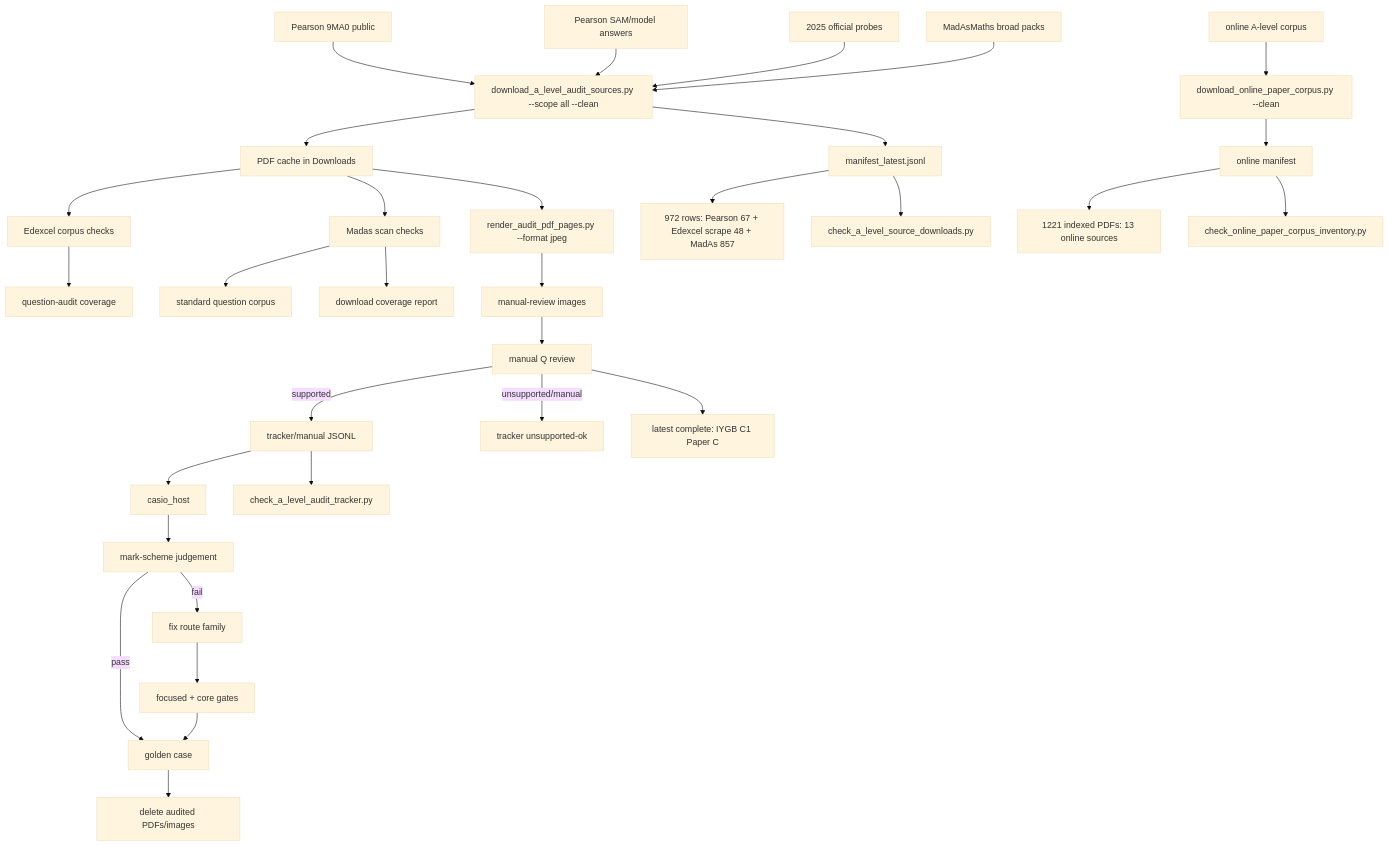
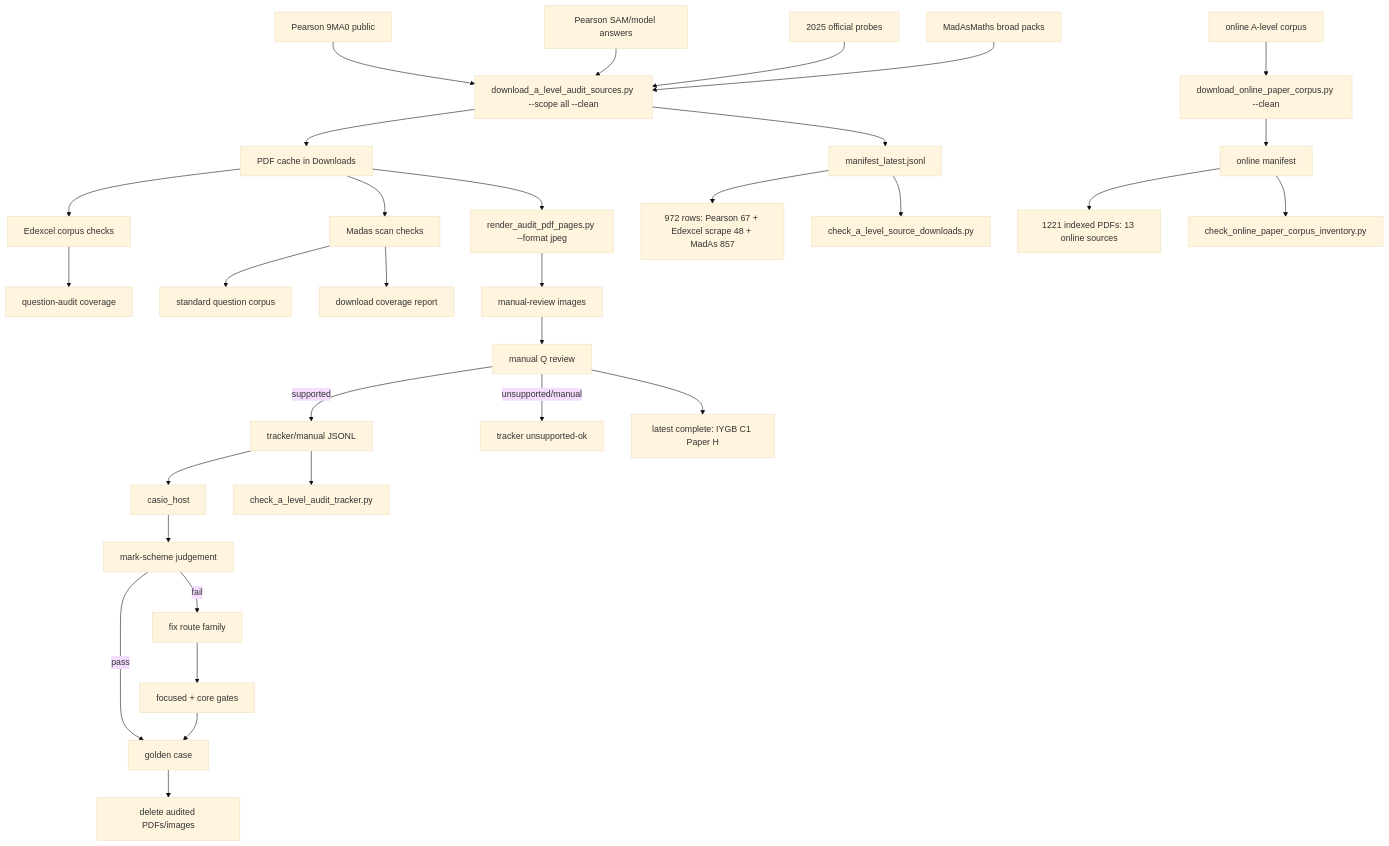
The diagram in c++/tools/golden/a_level_audit_graph.md (james8464/notes-addin-casio-fx-cg50), drawn with Mermaid (base theme) before and after one commit. The commit also changed other lines of this file and 2 other files, not shown here.

Commit message:
Audit IYGB C1 Paper H

````diff
--- a/c++/tools/golden/a_level_audit_graph.md
+++ b/c++/tools/golden/a_level_audit_graph.md
@@ -3,34 +3,34 @@
 ```mermaid
 graph TD
   E1["Pearson 9MA0 public"] --> D["download_a_level_audit_sources.py --scope all --clean"]
   E2["Pearson SAM/model answers"] --> D
   E3["2025 official probes"] --> D
   M1["MadAsMaths broad packs"] --> D
   O1["online A-level corpus"] --> OD["download_online_paper_corpus.py --clean"]
   D --> P["PDF cache in Downloads"]
   D --> X["manifest_latest.jsonl"]
   OD --> OX["online manifest"]
   X --> XC["972 rows: Pearson 67 + Edexcel scrape 48 + MadAs 857"]
   OX --> OC["1221 indexed PDFs: 13 online sources"]
   X --> V["check_a_level_source_downloads.py"]
   OX --> OV["check_online_paper_corpus_inventory.py"]
   P --> E["Edexcel corpus checks"]
   E --> EQ["question-audit coverage"]
   P --> S["Madas scan checks"]
   S --> M["standard question corpus"]
   S --> MC["download coverage report"]
   P --> R["render_audit_pdf_pages.py --format jpeg"]
   R --> I["manual-review images"]
   I --> Q["manual Q review"]
   Q -->|supported| J["tracker/manual JSONL"]
   Q -->|unsupported/manual| U["tracker unsupported-ok"]
   J --> H["casio_host"]
   J --> K["check_a_level_audit_tracker.py"]
   H --> C["mark-scheme judgement"]
   C -->|pass| G["golden case"]
   C -->|fail| F["fix route family"]
   F --> T["focused + core gates"]
   T --> G
   G --> Z["delete audited PDFs/images"]
-  Q --> Qt["latest complete: IYGB C1 Paper C"]
+  Q --> Qt["latest complete: IYGB C1 Paper H"]
 ```
````
